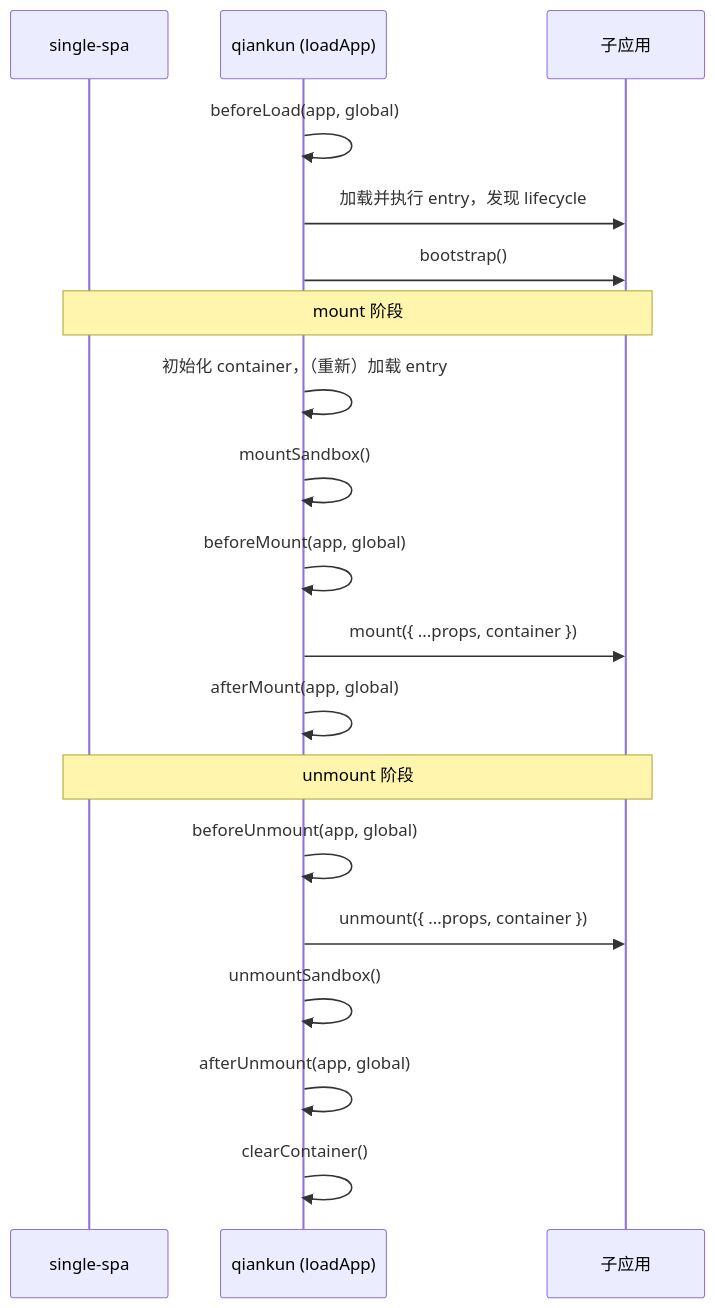
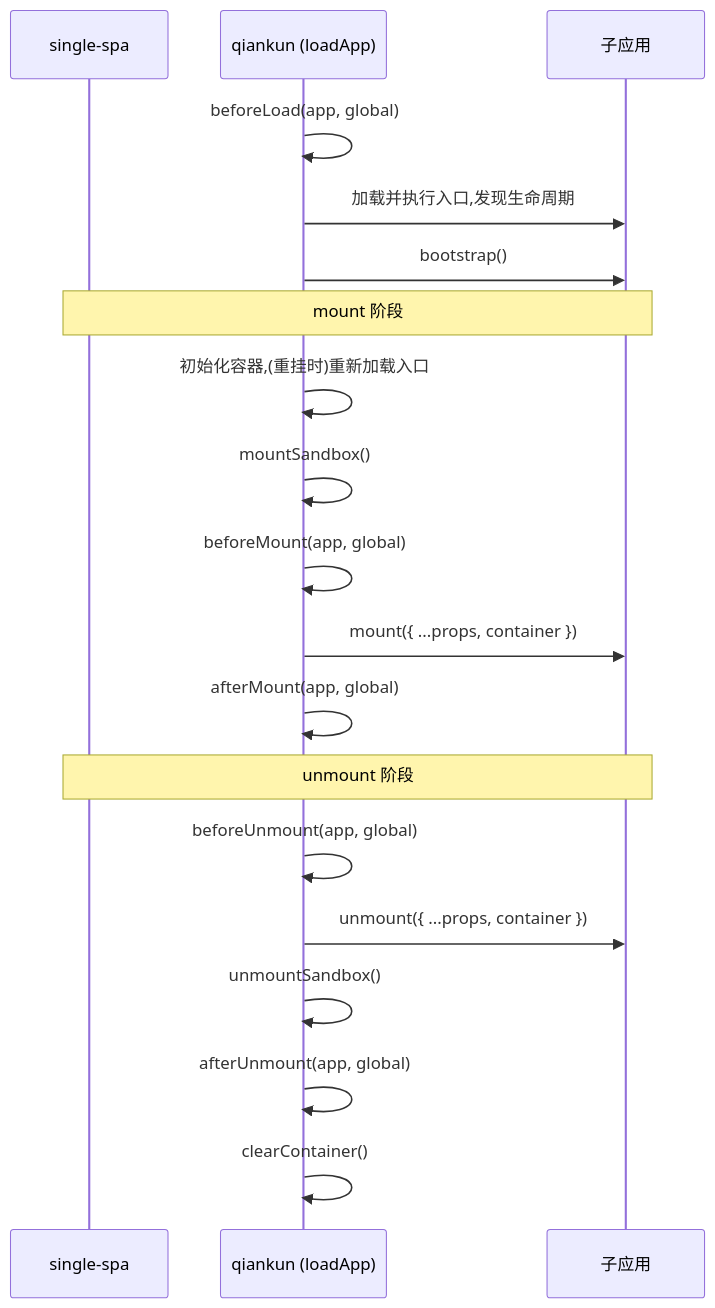
Before and after one commit to umijs/qiankun: the second of 2 diagrams in docs/zh-CN/concepts/lifecycle-and-props.md, drawn with Mermaid. The commit also changed other lines of this file and 63 other files, not shown here.

````diff
--- a/docs/zh-CN/concepts/lifecycle-and-props.md
+++ b/docs/zh-CN/concepts/lifecycle-and-props.md
@@ -110,21 +110,21 @@
 ```mermaid
 sequenceDiagram
   participant SS as single-spa
   participant Q as qiankun (loadApp)
   participant A as 子应用
   Q->>Q: beforeLoad(app, global)
-  Q->>A: 加载并执行 entry，发现 lifecycle
+  Q->>A: 加载并执行入口,发现生命周期
   Q->>A: bootstrap()
   Note over SS,A: mount 阶段
-  Q->>Q: 初始化 container，（重新）加载 entry
+  Q->>Q: 初始化容器,(重挂时)重新加载入口
   Q->>Q: mountSandbox()
   Q->>Q: beforeMount(app, global)
   Q->>A: mount({ ...props, container })
   Q->>Q: afterMount(app, global)
   Note over SS,A: unmount 阶段
   Q->>Q: beforeUnmount(app, global)
   Q->>A: unmount({ ...props, container })
   Q->>Q: unmountSandbox()
   Q->>Q: afterUnmount(app, global)
   Q->>Q: clearContainer()
 ```
````
